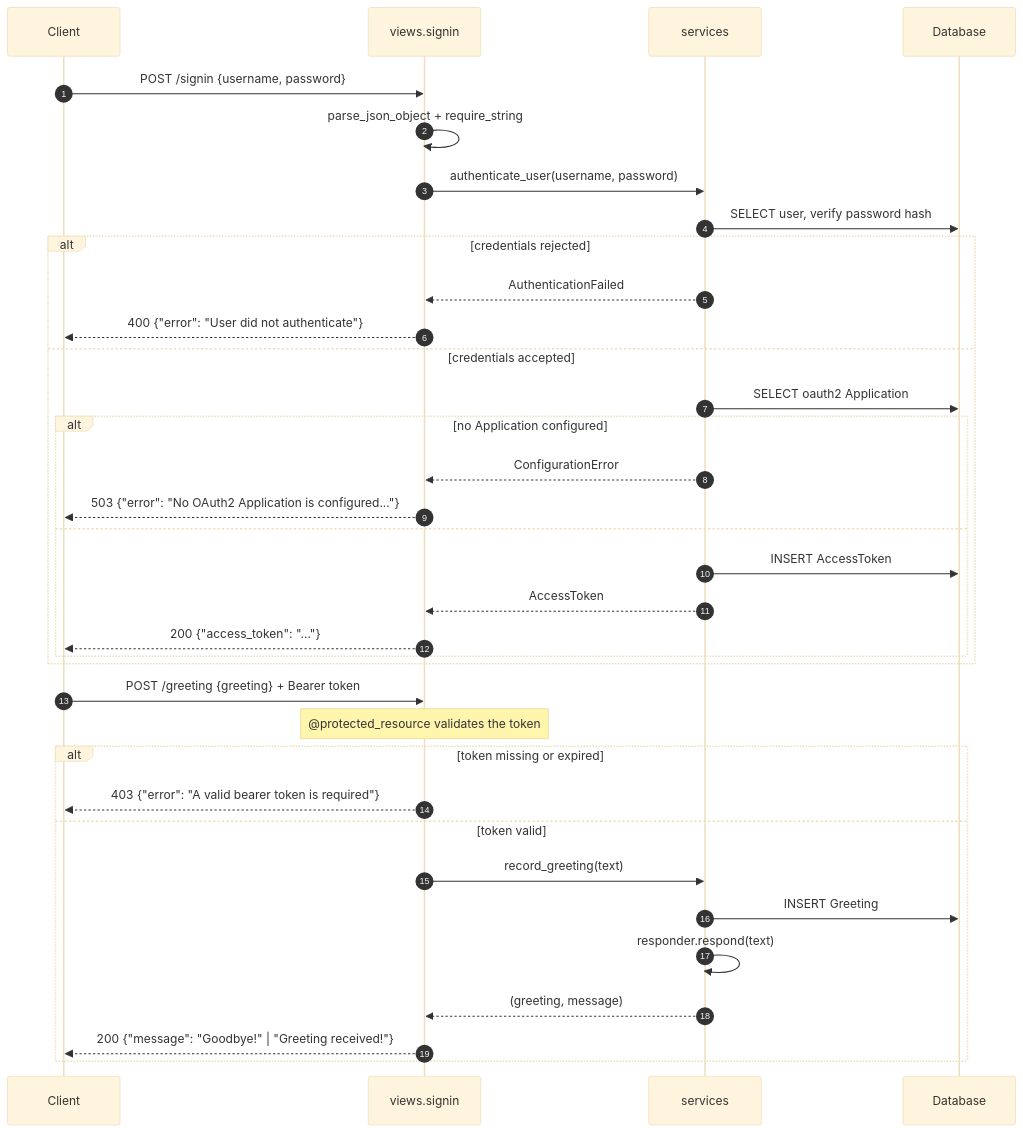
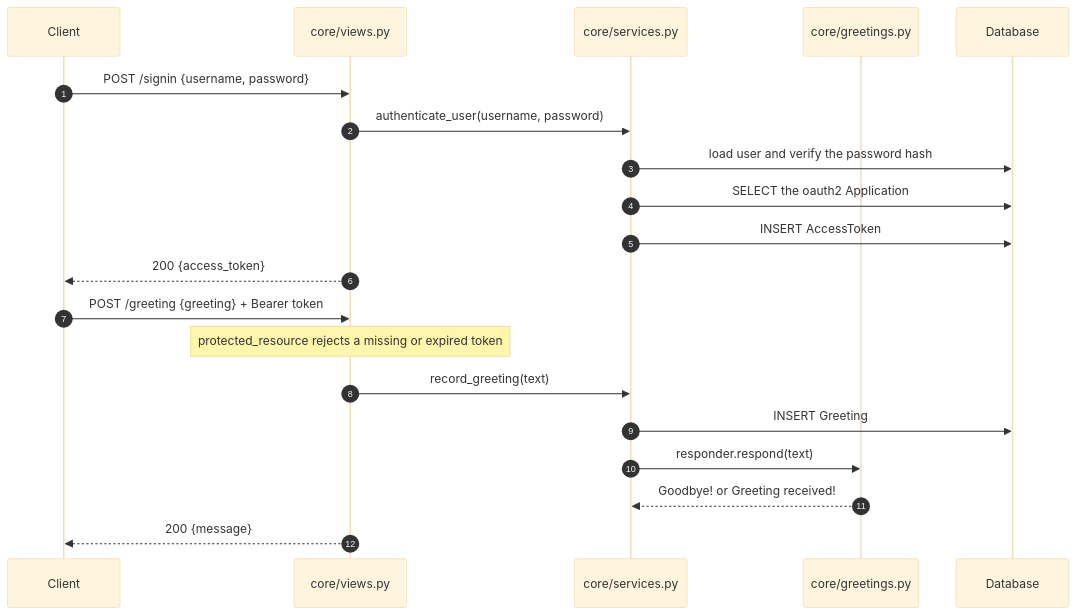
Before and after one commit to TCMS31/ibl_education: the diagram in README.md, drawn with Mermaid (base theme). The commit also changed other lines of this file, not shown here.

````diff
--- a/README.md
+++ b/README.md
@@ -105,39 +59,24 @@
 ```mermaid
 sequenceDiagram
     autonumber
     participant C as Client
-    participant V as views.signin
-    participant S as services
+    participant V as core/views.py
+    participant S as core/services.py
+    participant G as core/greetings.py
     participant DB as Database
 
     C->>V: POST /signin {username, password}
-    V->>V: parse_json_object + require_string
     V->>S: authenticate_user(username, password)
-    S->>DB: SELECT user, verify password hash
-    alt credentials rejected
-        S-->>V: AuthenticationFailed
-        V-->>C: 400 {"error": "User did not authenticate"}
-    else credentials accepted
-        S->>DB: SELECT oauth2 Application
-        alt no Application configured
-            S-->>V: ConfigurationError
-            V-->>C: 503 {"error": "No OAuth2 Application is configured..."}
-        else
-            S->>DB: INSERT AccessToken
-            S-->>V: AccessToken
-            V-->>C: 200 {"access_token": "..."}
-        end
-    end
+    S->>DB: load user and verify the password hash
+    S->>DB: SELECT the oauth2 Application
+    S->>DB: INSERT AccessToken
+    V-->>C: 200 {access_token}
 
     C->>V: POST /greeting {greeting} + Bearer token
-    Note over V: @protected_resource validates the token
-    alt token missing or expired
-        V-->>C: 403 {"error": "A valid bearer token is required"}
-    else token valid
-        V->>S: record_greeting(text)
-        S->>DB: INSERT Greeting
-        S->>S: responder.respond(text)
-        S-->>V: (greeting, message)
-        V-->>C: 200 {"message": "Goodbye!" | "Greeting received!"}
-    end
+    Note over V: protected_resource rejects a missing or expired token
+    V->>S: record_greeting(text)
+    S->>DB: INSERT Greeting
+    S->>G: responder.respond(text)
+    G-->>S: Goodbye! or Greeting received!
+    V-->>C: 200 {message}
 ```
````
